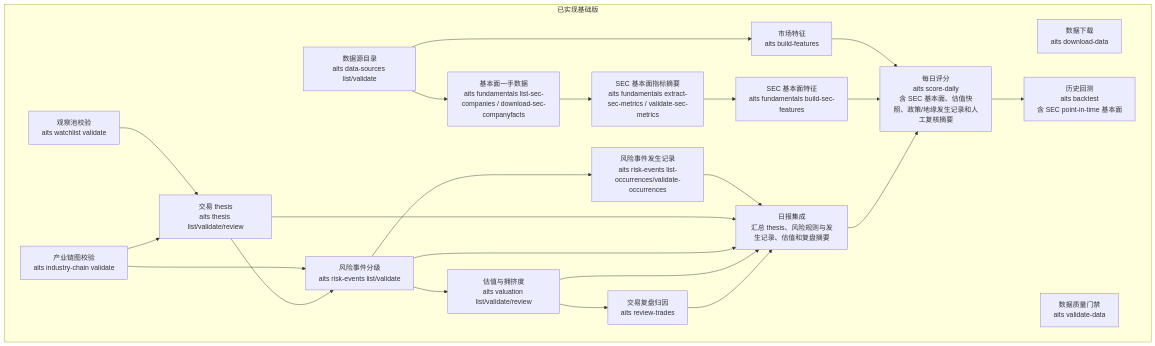
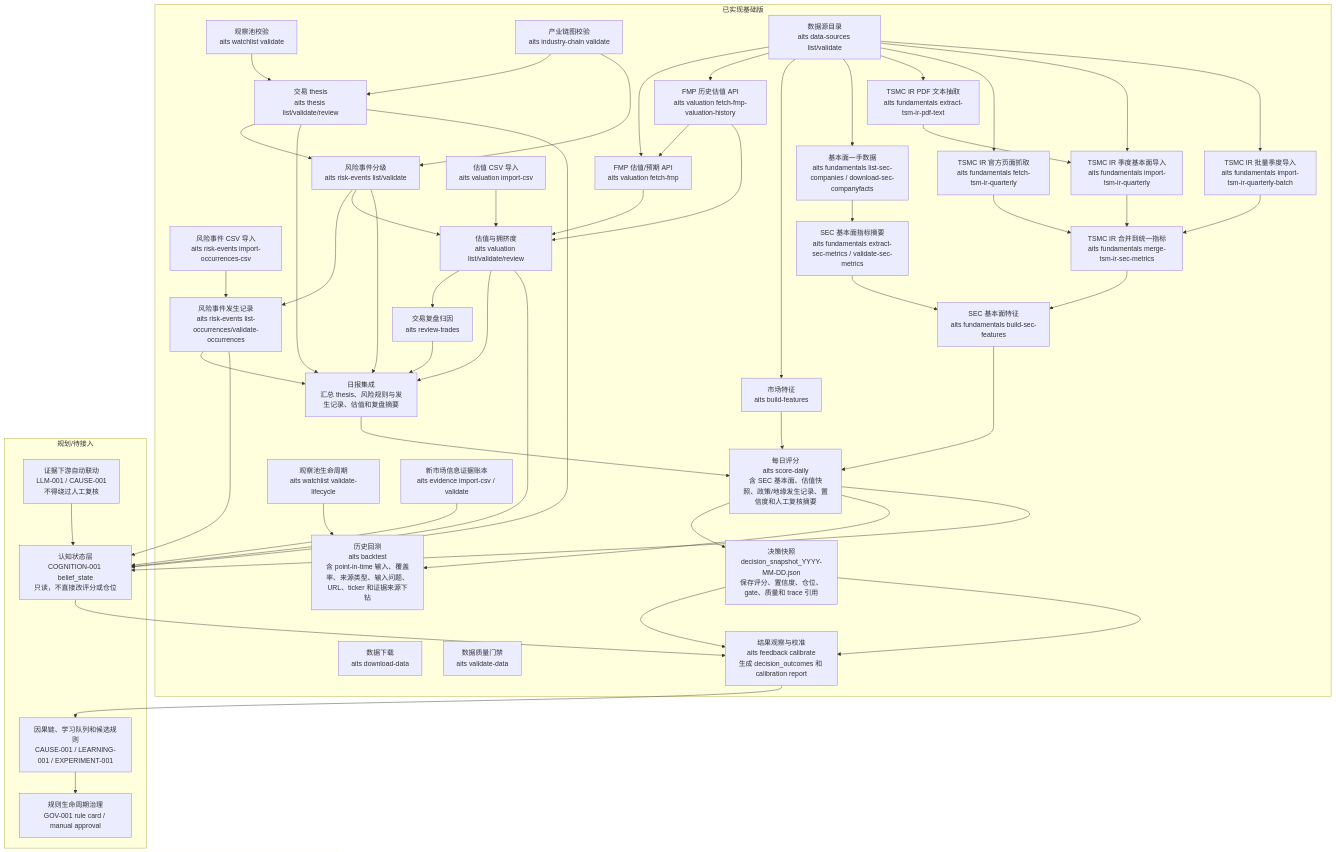
The sixth of 6 diagrams in docs/system_flow.md (AI-Trading-Collaboration/AITradingSystem), drawn with Mermaid before and after one commit. The commit also changed other lines of this file and 61 other files, not shown here.

````diff
--- a/docs/system_flow.md
+++ b/docs/system_flow.md
@@ -354,40 +555,89 @@
         A["数据下载<br/>aits download-data"]
         B["数据质量门禁<br/>aits validate-data"]
         C["市场特征<br/>aits build-features"]
-        D["每日评分<br/>aits score-daily<br/>含 SEC 基本面、估值快照、政策/地缘发生记录和人工复核摘要"]
-        E["历史回测<br/>aits backtest<br/>含 SEC point-in-time 基本面"]
+        D["每日评分<br/>aits score-daily<br/>含 SEC 基本面、估值快照、政策/地缘发生记录、置信度和人工复核摘要"]
+        E["历史回测<br/>aits backtest<br/>含 point-in-time 输入、覆盖率、来源类型、输入问题、URL、ticker 和证据来源下钻"]
         F["观察池校验<br/>aits watchlist validate"]
+        F2["观察池生命周期<br/>aits watchlist validate-lifecycle"]
         G["产业链图校验<br/>aits industry-chain validate"]
         H["交易 thesis<br/>aits thesis list/validate/review"]
         I["风险事件分级<br/>aits risk-events list/validate"]
         I2["风险事件发生记录<br/>aits risk-events list-occurrences/validate-occurrences"]
+        I3["风险事件 CSV 导入<br/>aits risk-events import-occurrences-csv"]
         J["估值与拥挤度<br/>aits valuation list/validate/review"]
+        J3["FMP 估值/预期 API<br/>aits valuation fetch-fmp"]
+        J4["FMP 历史估值 API<br/>aits valuation fetch-fmp-valuation-history"]
+        J2["估值 CSV 导入<br/>aits valuation import-csv"]
+        EV0["新市场信息证据账本<br/>aits evidence import-csv / validate"]
+        FB1["决策快照<br/>decision_snapshot_YYYY-MM-DD.json<br/>保存评分、置信度、仓位、gate、质量和 trace 引用"]
+        FB2["结果观察与校准<br/>aits feedback calibrate<br/>生成 decision_outcomes 和 calibration report"]
         K["交易复盘归因<br/>aits review-trades"]
         L["日报集成<br/>汇总 thesis、风险规则与发生记录、估值和复盘摘要"]
         M["数据源目录<br/>aits data-sources list/validate"]
         N["基本面一手数据<br/>aits fundamentals list-sec-companies / download-sec-companyfacts"]
         O["SEC 基本面指标摘要<br/>aits fundamentals extract-sec-metrics / validate-sec-metrics"]
         P["SEC 基本面特征<br/>aits fundamentals build-sec-features"]
+        QP["TSMC IR PDF 文本抽取<br/>aits fundamentals extract-tsm-ir-pdf-text"]
+        Q0["TSMC IR 官方页面抓取<br/>aits fundamentals fetch-tsm-ir-quarterly"]
+        Q["TSMC IR 季度基本面导入<br/>aits fundamentals import-tsm-ir-quarterly"]
+        Q3["TSMC IR 批量季度导入<br/>aits fundamentals import-tsm-ir-quarterly-batch"]
+        Q2["TSMC IR 合并到统一指标<br/>aits fundamentals merge-tsm-ir-sec-metrics"]
+    end
+
+    subgraph Planned["规划/待接入"]
+        R0["认知状态层<br/>COGNITION-001 belief_state<br/>只读，不直接改评分或仓位"]
+        R1["证据下游自动联动<br/>LLM-001 / CAUSE-001<br/>不得绕过人工复核"]
+        R3["因果链、学习队列和候选规则<br/>CAUSE-001 / LEARNING-001 / EXPERIMENT-001"]
+        R4["规则生命周期治理<br/>GOV-001 rule card / manual approval"]
     end
 
     C --> D
+    D --> FB1
+    FB1 --> FB2
     D --> E
     F --> H
+    F2 --> E
     G --> H
     G --> I
     I --> I2
+    I3 --> I2
     H --> I
+    M --> J3
+    M --> J4
+    J4 --> J3
+    J4 --> J
+    J3 --> J
+    J2 --> J
+    EV0 --> R0
     I --> J
     I2 --> L
     J --> K
     M --> C
     M --> N
+    M --> QP
+    QP --> Q
+    M --> Q0
+    M --> Q
+    M --> Q3
     N --> O
+    Q0 --> Q2
+    Q --> Q2
+    Q3 --> Q2
     O --> P
+    Q2 --> P
     P --> D
     H --> L
     I --> L
     J --> L
     K --> L
     L --> D
+    D --> R0
+    H --> R0
+    I2 --> R0
+    J --> R0
+    R1 --> R0
+    FB1 --> FB2
+    R0 --> FB2
+    FB2 --> R3
+    R3 --> R4
 ```
````
